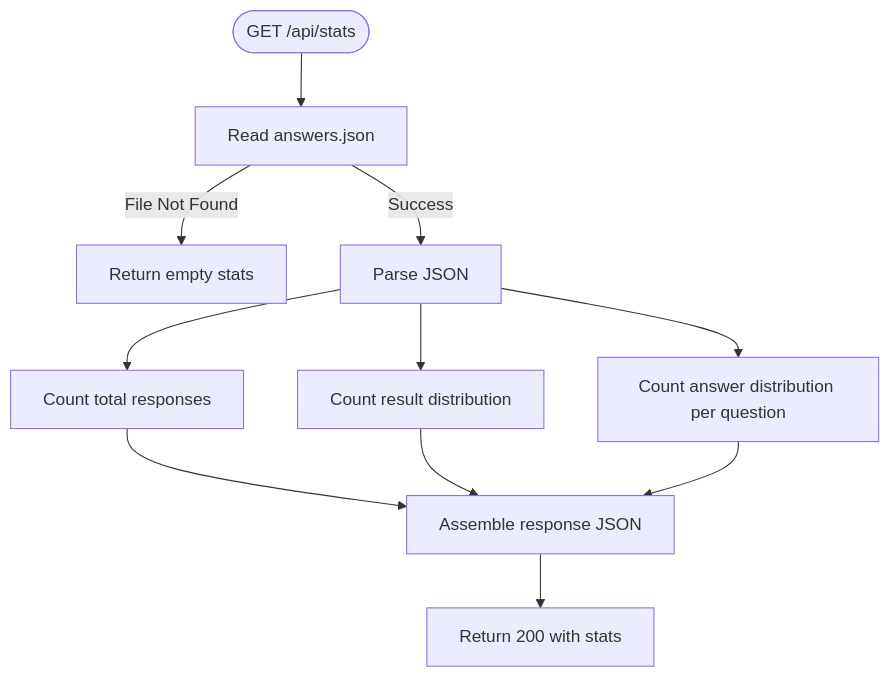
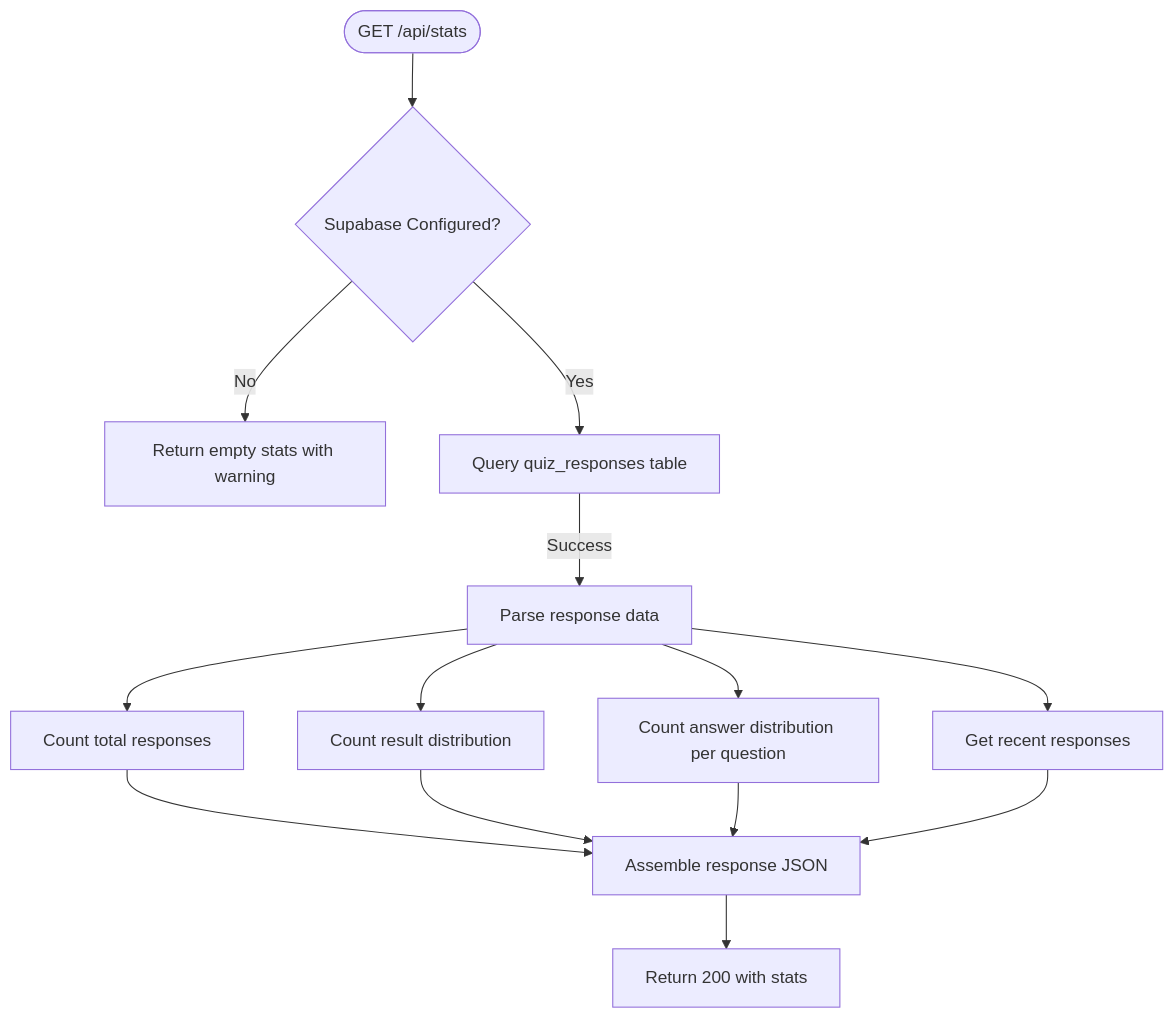
Before and after one commit to lommaks777/alena: the fifth of 6 diagrams in .qoder/repowiki/en/content/Backend Architecture/Backend Architecture.md, drawn with Mermaid. The commit also changed other lines of this file and 19 other files, not shown here.

First line of the commit message:
feat: Add autosave functionality for quiz responses

````diff
--- a/.qoder/repowiki/en/content/Backend Architecture/Backend Architecture.md
+++ b/.qoder/repowiki/en/content/Backend Architecture/Backend Architecture.md
@@ -181,13 +194,16 @@
 ```mermaid
 flowchart TD
-Start([GET /api/stats]) --> ReadAnswers["Read answers.json"]
-ReadAnswers --> |File Not Found| ReturnEmpty["Return empty stats"]
-ReadAnswers --> |Success| ParseAnswers["Parse JSON"]
-ParseAnswers --> CountTotal["Count total responses"]
-ParseAnswers --> DistributeResults["Count result distribution"]
-ParseAnswers --> DistributeAnswers["Count answer distribution per question"]
+Start([GET /api/stats]) --> CheckSupabase{"Supabase Configured?"}
+CheckSupabase --> |No| ReturnEmpty["Return empty stats with warning"]
+CheckSupabase --> |Yes| QuerySupabase["Query quiz_responses table"]
+QuerySupabase --> |Success| ParseData["Parse response data"]
+ParseData --> CountTotal["Count total responses"]
+ParseData --> DistributeResults["Count result distribution"]
+ParseData --> DistributeAnswers["Count answer distribution per question"]
+ParseData --> GetRecent["Get recent responses"]
 CountTotal --> Assemble
 DistributeResults --> Assemble
 DistributeAnswers --> Assemble
+GetRecent --> Assemble
 Assemble[Assemble response JSON] --> ReturnStats[Return 200 with stats]
 ```
````
